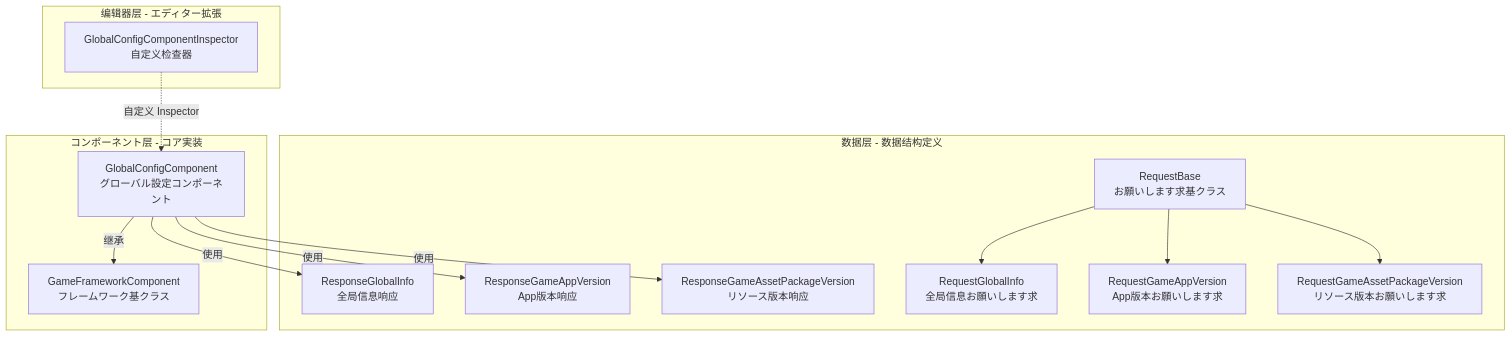
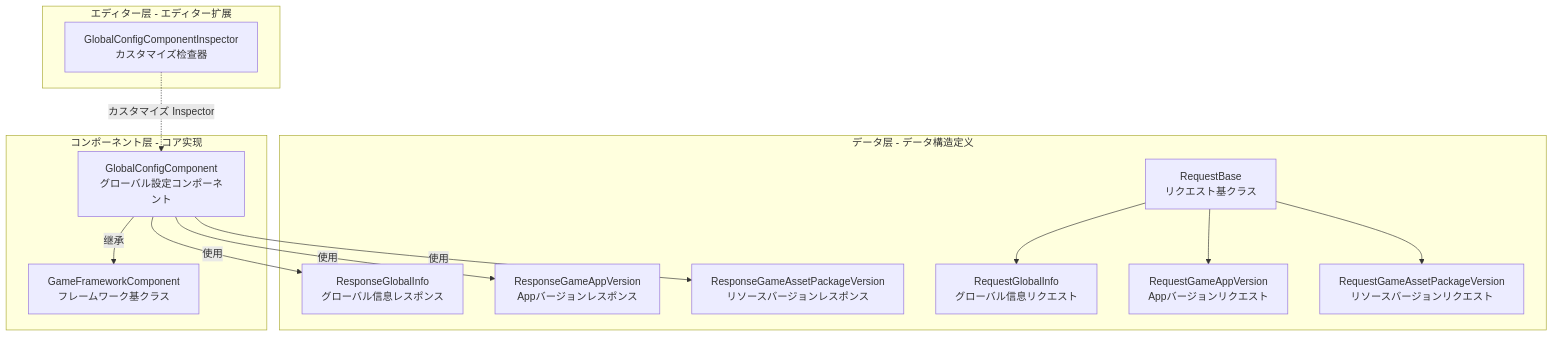
Before and after one commit to AlianBlank/GameFrameX.Docs: the diagram in docs/ja/client/unity/component/globalconfig/01.overview.md, drawn with Mermaid. The commit also changed other lines of this file and 320 other files, not shown here.

````diff
--- a/docs/ja/client/unity/component/globalconfig/01.overview.md
+++ b/docs/ja/client/unity/component/globalconfig/01.overview.md
@@ -17,32 +17,32 @@
 ```mermaid
 graph TD
-    subgraph DataLayer["数据层 - 数据结构定义"]
-        RequestBase["RequestBase<br/>お願いします求基クラス"]
-        RequestGlobalInfo["RequestGlobalInfo<br/>全局信息お願いします求"]
-        RequestGameAppVersion["RequestGameAppVersion<br/>App版本お願いします求"]
-        RequestGameAssetPackageVersion["RequestGameAssetPackageVersion<br/>リソース版本お願いします求"]
-        ResponseGlobalInfo["ResponseGlobalInfo<br/>全局信息响应"]
-        ResponseGameAppVersion["ResponseGameAppVersion<br/>App版本响应"]
-        ResponseGameAssetPackageVersion["ResponseGameAssetPackageVersion<br/>リソース版本响应"]
+    subgraph DataLayer["データ层 - データ構造定义"]
+        RequestBase["RequestBase<br/>リクエスト基クラス"]
+        RequestGlobalInfo["RequestGlobalInfo<br/>グローバル信息リクエスト"]
+        RequestGameAppVersion["RequestGameAppVersion<br/>Appバージョンリクエスト"]
+        RequestGameAssetPackageVersion["RequestGameAssetPackageVersion<br/>リソースバージョンリクエスト"]
+        ResponseGlobalInfo["ResponseGlobalInfo<br/>グローバル信息レスポンス"]
+        ResponseGameAppVersion["ResponseGameAppVersion<br/>Appバージョンレスポンス"]
+        ResponseGameAssetPackageVersion["ResponseGameAssetPackageVersion<br/>リソースバージョンレスポンス"]
     end
 
-    subgraph ComponentLayer["コンポーネント层 - コア実装"]
+    subgraph ComponentLayer["コンポーネント层 - コア实现"]
         GlobalConfigComponent["GlobalConfigComponent<br/>グローバル設定コンポーネント"]
         GFComponent["GameFrameworkComponent<br/>フレームワーク基クラス"]
     end
 
-    subgraph EditorLayer["编辑器层 - エディター拡張"]
-        Inspector["GlobalConfigComponentInspector<br/>自定义检查器"]
+    subgraph EditorLayer["エディター层 - エディター扩展"]
+        Inspector["GlobalConfigComponentInspector<br/>カスタマイズ检查器"]
     end
 
     RequestBase --> RequestGlobalInfo
     RequestBase --> RequestGameAppVersion
     RequestBase --> RequestGameAssetPackageVersion
     
     GlobalConfigComponent -->|继承| GFComponent
     GlobalConfigComponent -->|使用| ResponseGlobalInfo
     GlobalConfigComponent -->|使用| ResponseGameAppVersion
     GlobalConfigComponent -->|使用| ResponseGameAssetPackageVersion
     
-    Inspector -.->|自定义 Inspector| GlobalConfigComponent
+    Inspector -.->|カスタマイズ Inspector| GlobalConfigComponent
 ```
````
